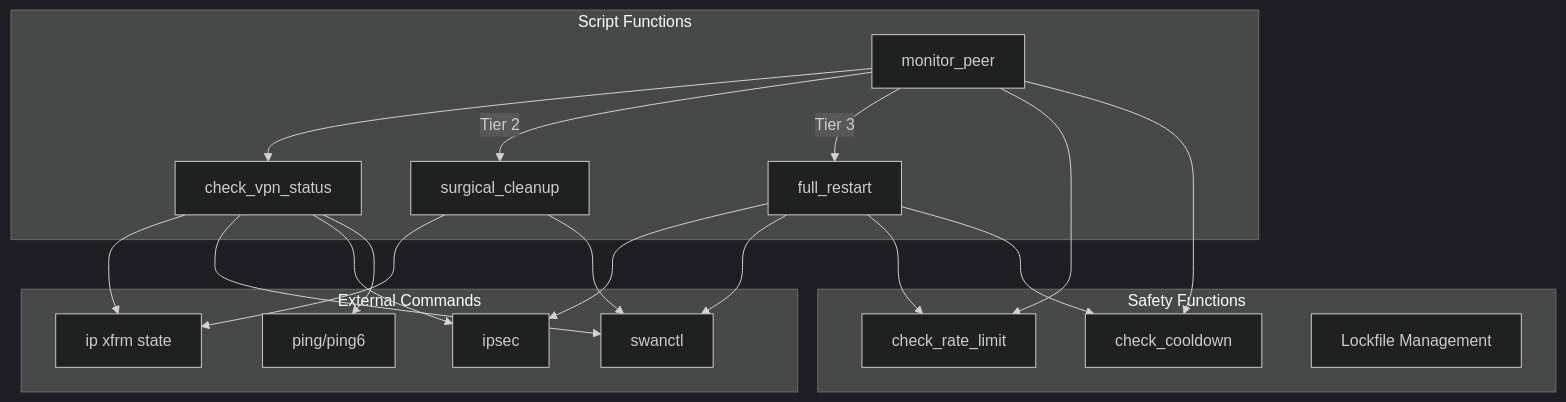
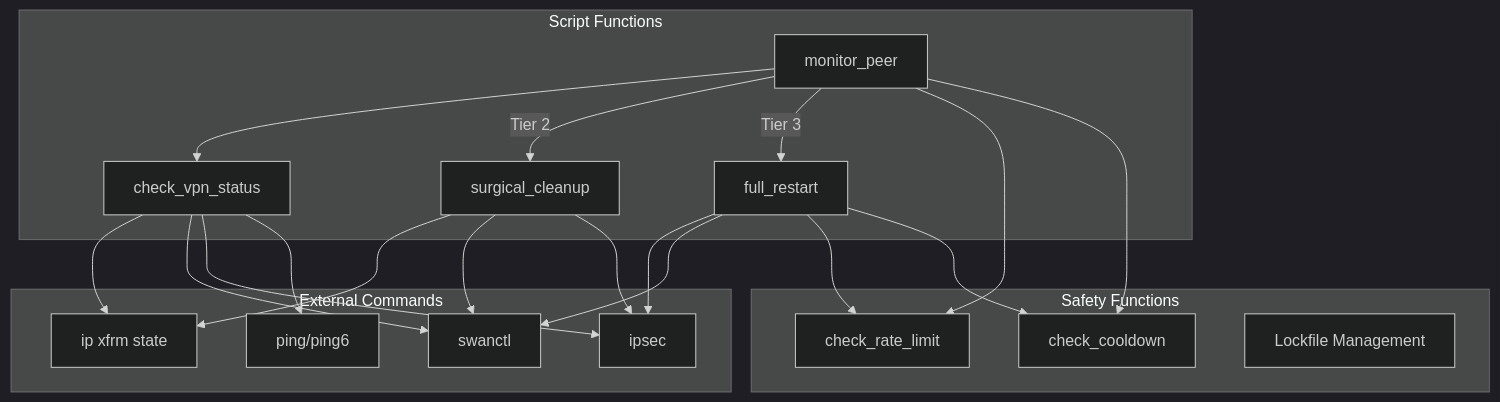
Before and after one commit to Eccentric-Quality-Solutions/udm-vpn-monitor: the sixth of 6 diagrams in ARCHITECTURE.md, drawn with Mermaid (dark theme). The commit also changed other lines of this file and 19 other files, not shown here.

````diff
--- a/ARCHITECTURE.md
+++ b/ARCHITECTURE.md
@@ -326,42 +332,43 @@
 ```mermaid
 graph TB
     subgraph "External Commands"
         IP[ip xfrm state]
         Swanctl[swanctl]
         Ipsec[ipsec]
         PingCmd[ping/ping6]
     end
     
     subgraph "Script Functions"
         CheckVPN[check_vpn_status]
         MonitorPeer[monitor_peer]
         SurgicalCleanup[surgical_cleanup]
         FullRestart[full_restart]
     end
     
     subgraph "Safety Functions"
         RateLimit[check_rate_limit]
         Cooldown[check_cooldown]
         Lockfile[Lockfile Management]
     end
     
     MonitorPeer --> CheckVPN
     CheckVPN --> IP
     CheckVPN --> Swanctl
     CheckVPN --> Ipsec
     CheckVPN --> PingCmd
     
     MonitorPeer -->|Tier 2| SurgicalCleanup
     MonitorPeer -->|Tier 3| FullRestart
     
     SurgicalCleanup --> IP
     SurgicalCleanup --> Swanctl
+    SurgicalCleanup --> Ipsec
     
     FullRestart --> Ipsec
     FullRestart --> Swanctl
     FullRestart --> RateLimit
     FullRestart --> Cooldown
     
     MonitorPeer --> RateLimit
     MonitorPeer --> Cooldown
 ```
````
